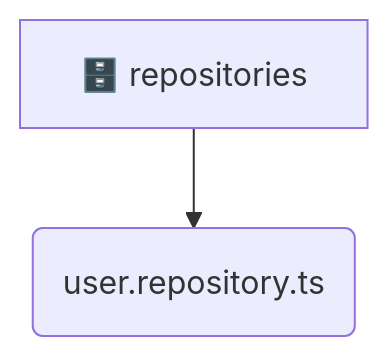
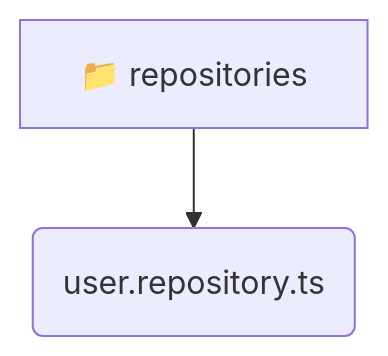
One commit to beginwebdev2002/fullstack-mavluda changed the diagram in backend/src/modules/user/infrastructure/repositories/README.md. Above: the diagram before and after it, drawn with Mermaid. The commit also changed other lines of this file and 155 other files, not shown here.

````diff
--- a/backend/src/modules/user/infrastructure/repositories/README.md
+++ b/backend/src/modules/user/infrastructure/repositories/README.md
@@ -9,5 +9,5 @@
 ```mermaid
 graph TD
-  repositories[🗄️ repositories]
-  repositories --> user_repository_ts(user.repository.ts)
+  repositories[📁 repositories]
+  repositories --> repositories_user_repository_ts(user.repository.ts)
 ```
````
